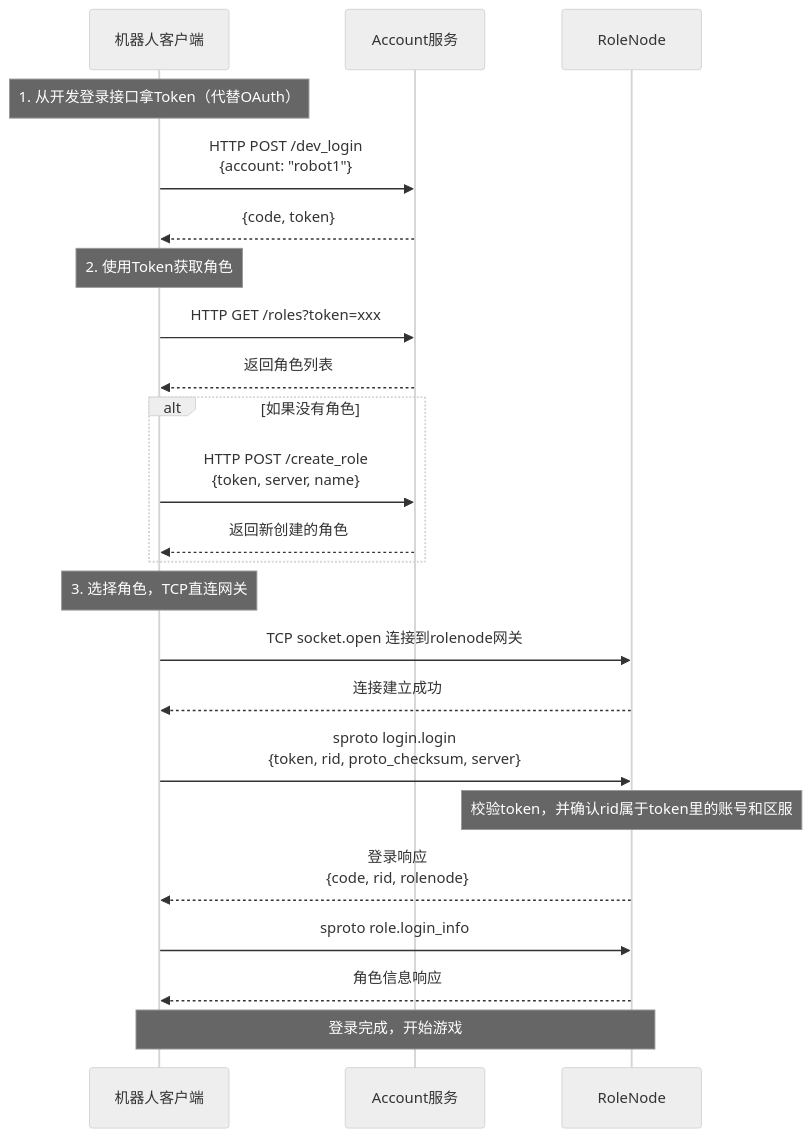
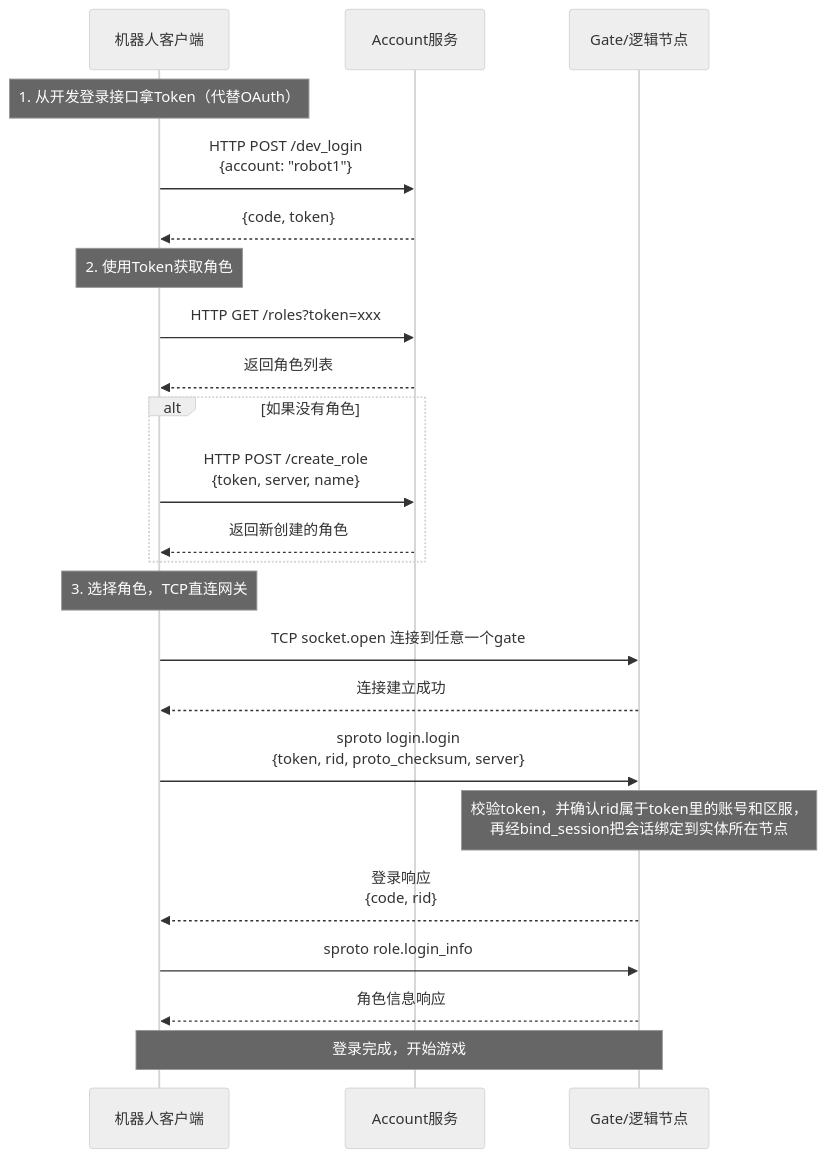
Before and after one commit to hanxi/skyext: the sixth of 6 diagrams in docs/guide/login_diagram.md, drawn with Mermaid (neutral theme). The commit also changed other lines of this file and 8 other files, not shown here.

````diff
--- a/docs/guide/login_diagram.md
+++ b/docs/guide/login_diagram.md
@@ -200,32 +206,32 @@
 ```mermaid
 sequenceDiagram
     participant RC as 机器人客户端
     participant A as Account服务
-    participant R as RoleNode
+    participant R as Gate/逻辑节点
 
     Note over RC: 1. 从开发登录接口拿Token（代替OAuth）
     RC->>A: HTTP POST /dev_login<br/>{account: "robot1"}
     A-->>RC: {code, token}
 
     Note over RC: 2. 使用Token获取角色
     RC->>A: HTTP GET /roles?token=xxx
     A-->>RC: 返回角色列表
 
     alt 如果没有角色
         RC->>A: HTTP POST /create_role<br/>{token, server, name}
         A-->>RC: 返回新创建的角色
     end
 
     Note over RC: 3. 选择角色，TCP直连网关
-    RC->>R: TCP socket.open 连接到rolenode网关
+    RC->>R: TCP socket.open 连接到任意一个gate
     R-->>RC: 连接建立成功
 
     RC->>R: sproto login.login<br/>{token, rid, proto_checksum, server}
-    Note over R: 校验token，并确认rid属于token里的账号和区服
-    R-->>RC: 登录响应<br/>{code, rid, rolenode}
+    Note over R: 校验token，并确认rid属于token里的账号和区服，<br/>再经bind_session把会话绑定到实体所在节点
+    R-->>RC: 登录响应<br/>{code, rid}
 
     RC->>R: sproto role.login_info
     R-->>RC: 角色信息响应
 
     Note over RC,R: 登录完成，开始游戏
 ```
````
